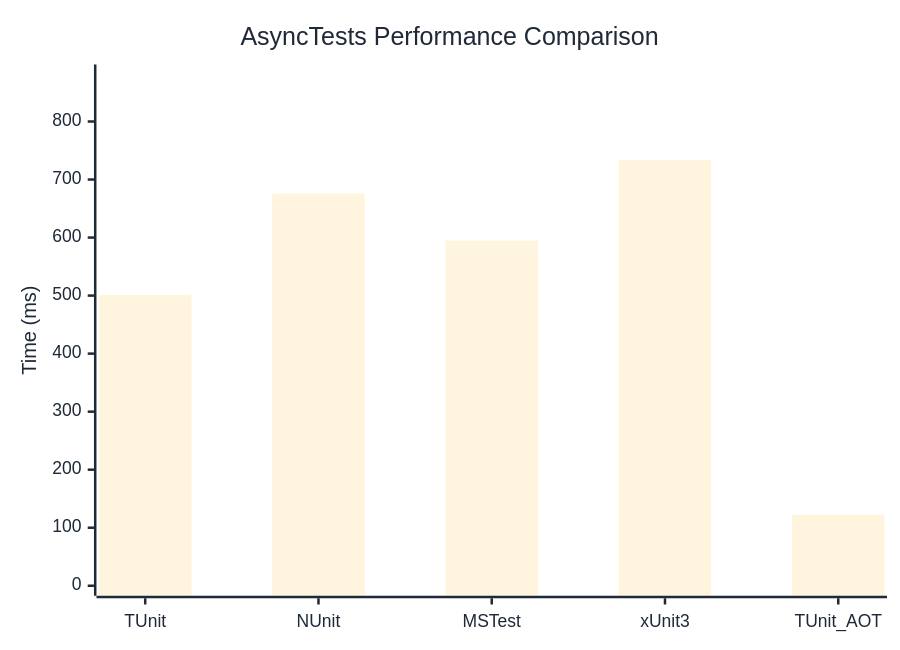
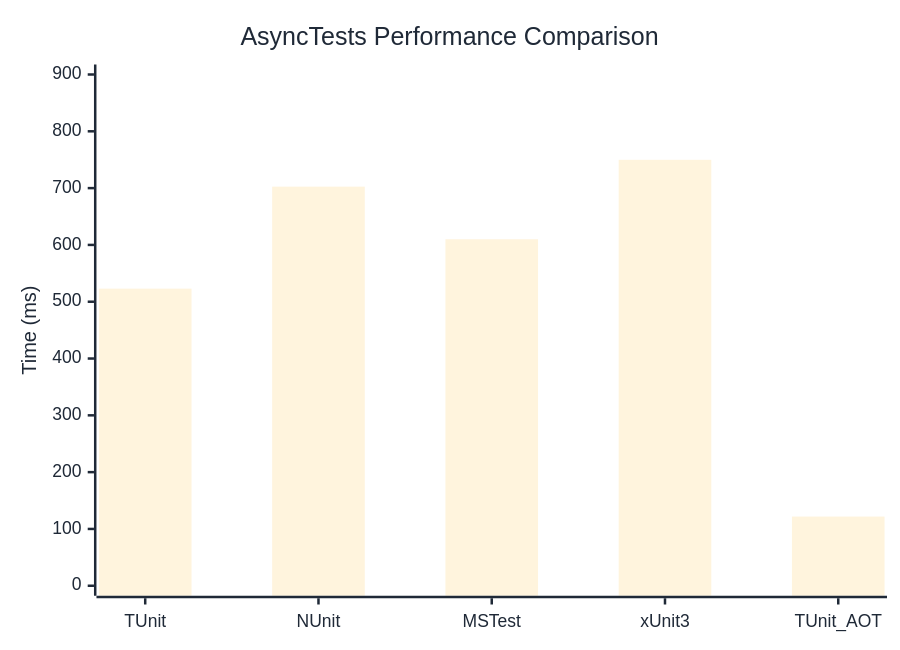
Before and after one commit to weiyilai/TUnit: the diagram in docs/docs/benchmarks/AsyncTests.md, drawn with Mermaid. The commit also changed other lines of this file and 17 other files, not shown here.

````diff
--- a/docs/docs/benchmarks/AsyncTests.md
+++ b/docs/docs/benchmarks/AsyncTests.md
@@ -27,37 +27,37 @@
 ```mermaid
 %%{init: {
   'theme':'base',
   'themeVariables': {
     'primaryColor': '#2563eb',
     'primaryTextColor': '#1f2937',
     'primaryBorderColor': '#1e40af',
     'lineColor': '#6b7280',
     'secondaryColor': '#7c3aed',
     'tertiaryColor': '#dc2626',
     'background': '#ffffff',
     'mainBkg': '#2563eb',
     'secondBkg': '#7c3aed',
     'tertiaryBkg': '#dc2626',
     'clusterBkg': '#f3f4f6',
     'edgeLabelBackground': '#ffffff',
     'tertiaryTextColor': '#1f2937',
     'pie1': '#2563eb',
     'pie2': '#7c3aed',
     'pie3': '#dc2626',
     'pie4': '#f59e0b',
     'pie5': '#10b981',
     'pie6': '#06b6d4',
     'pie7': '#ec4899',
     'pie8': '#6366f1',
     'pie9': '#84cc16',
     'pie10': '#f97316',
     'pie11': '#14b8a6',
     'pie12': '#a855f7'
   }
 }}%%
 xychart-beta
   title "AsyncTests Performance Comparison"
   x-axis ["TUnit", "NUnit", "MSTest", "xUnit3", "TUnit_AOT"]
-  y-axis "Time (ms)" 0 --> 881
-  bar [501.3, 675.8, 594.9, 733.9, 122.2]
+  y-axis "Time (ms)" 0 --> 900
+  bar [523, 702.6, 610, 749.8, 121.8]
 ```
````
